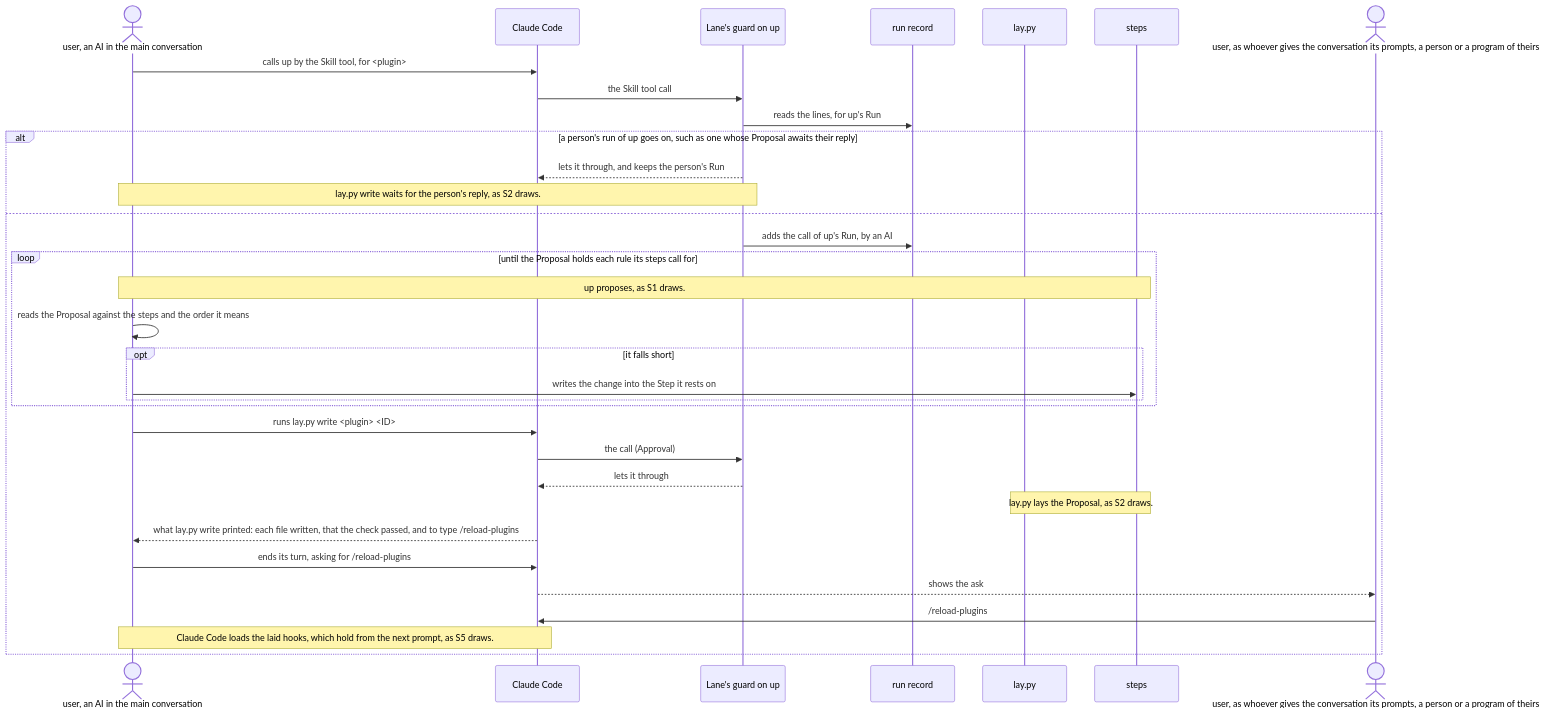
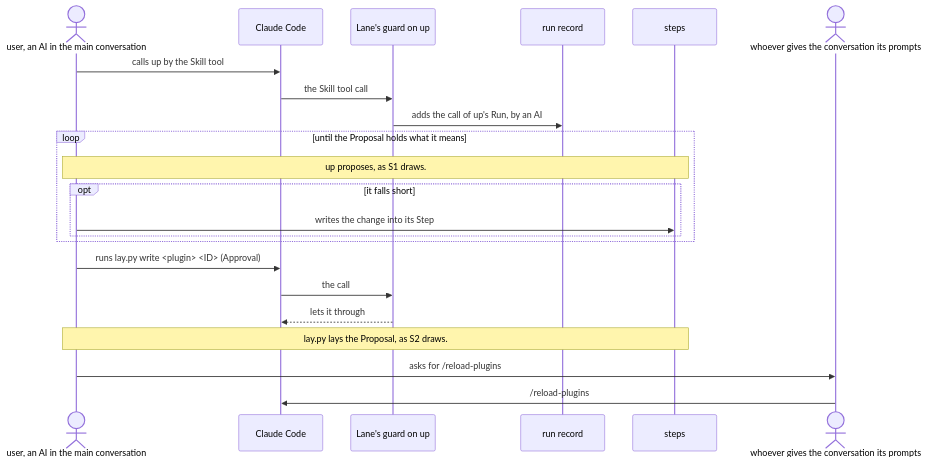
The third of 7 diagrams in dev/lane/architecture.md (lovaizu/ccpm), drawn with Mermaid before and after one commit. The commit also changed other lines of this file and 1 other file, not shown here.

First line of the commit message:
lane's architecture: rebuilt from the design tree's decisions and its inputs to the template, each line of Components a few words of what the part alone decides, each choice one reason and one cost, each kind of data a few words, and each sequence the main path with the branches its tests rest on

````diff
--- a/dev/lane/architecture.md
+++ b/dev/lane/architecture.md
@@ -550,35 +362,24 @@
 ```mermaid
 sequenceDiagram
   actor A as user, an AI in the main conversation
   participant CC as Claude Code
   participant G as Lane's guard on up
   participant RS as run record
-  participant L as lay.py
   participant ST as steps
-  actor D as user, as whoever gives the conversation its prompts, a person or a program of theirs
-  A->>CC: calls up by the Skill tool, for <plugin>
+  actor D as whoever gives the conversation its prompts
+  A->>CC: calls up by the Skill tool
   CC->>G: the Skill tool call
-  G->>RS: reads the lines, for up's Run
-  alt a person's run of up goes on, such as one whose Proposal awaits their reply
-    G-->>CC: lets it through, and keeps the person's Run
-    Note over A,G: lay.py write waits for the person's reply, as S2 draws.
-  else
-    G->>RS: adds the call of up's Run, by an AI
-    loop until the Proposal holds each rule its steps call for
-      Note over A,ST: up proposes, as S1 draws.
-      A->>A: reads the Proposal against the steps and the order it means
-      opt it falls short
-        A->>ST: writes the change into the Step it rests on
-      end
+  G->>RS: adds the call of up's Run, by an AI
+  loop until the Proposal holds what it means
+    Note over A,ST: up proposes, as S1 draws.
+    opt it falls short
+      A->>ST: writes the change into its Step
     end
-    A->>CC: runs lay.py write <plugin> <ID>
-    CC->>G: the call (Approval)
-    G-->>CC: lets it through
-    Note over L,ST: lay.py lays the Proposal, as S2 draws.
-    CC-->>A: what lay.py write printed: each file written, that the check passed, and to type /reload-plugins
-    A->>CC: ends its turn, asking for /reload-plugins
-    CC-->>D: shows the ask
-    D->>CC: /reload-plugins
-    Note over A,CC: Claude Code loads the laid hooks, which hold from the next prompt, as S5 draws.
   end
+  A->>CC: runs lay.py write <plugin> <ID> (Approval)
+  CC->>G: the call
+  G-->>CC: lets it through
+  Note over A,ST: lay.py lays the Proposal, as S2 draws.
+  A->>D: asks for /reload-plugins
+  D->>CC: /reload-plugins
 ```
````
